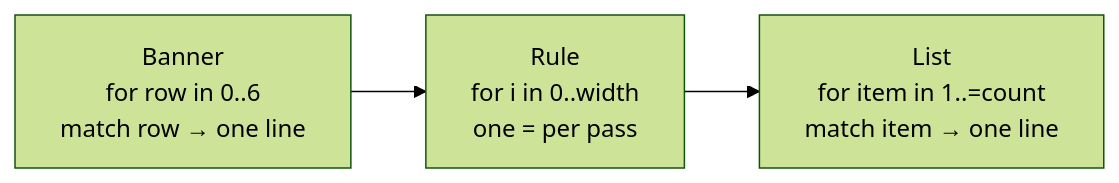
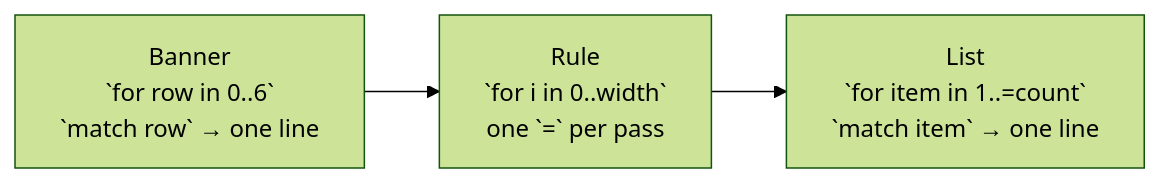
Before and after one commit to rux-lang/Web: the diagram in content/docs/1.learn/25.projects/01.thanks.md, drawn with Mermaid (forest theme). The commit also changed 187 other files, not shown here.

First line of the commit message:
Draw the Learn diagrams for phones, with code in the mono face

````diff
--- a/content/docs/1.learn/25.projects/01.thanks.md
+++ b/content/docs/1.learn/25.projects/01.thanks.md
@@ -31,5 +31,5 @@
 ```mermaid
 flowchart LR
-    banner["Banner<br/>for row in 0..6<br/>match row → one line"] --> rule["Rule<br/>for i in 0..width<br/>one = per pass"]
-    rule --> list["List<br/>for item in 1..=count<br/>match item → one line"]
+    banner["Banner<br/>`for row in 0..6`<br/>`match row` → one line"] --> rule["Rule<br/>`for i in 0..width`<br/>one `=` per pass"]
+    rule --> list["List<br/>`for item in 1..=count`<br/>`match item` → one line"]
 ```
````
